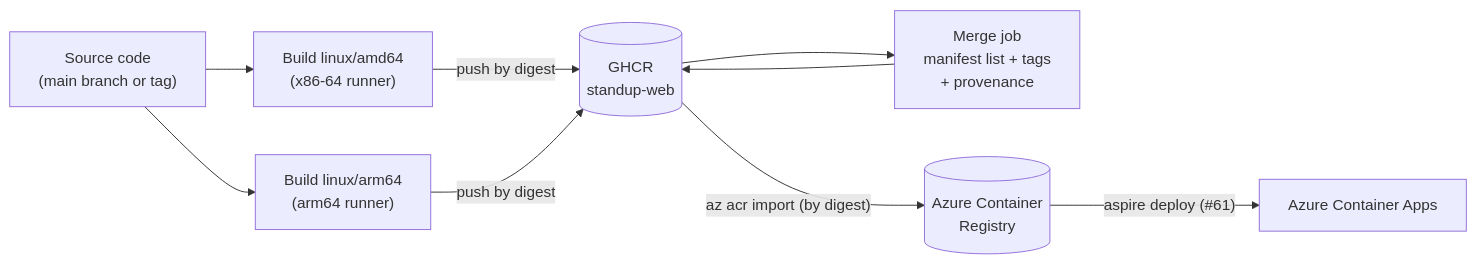
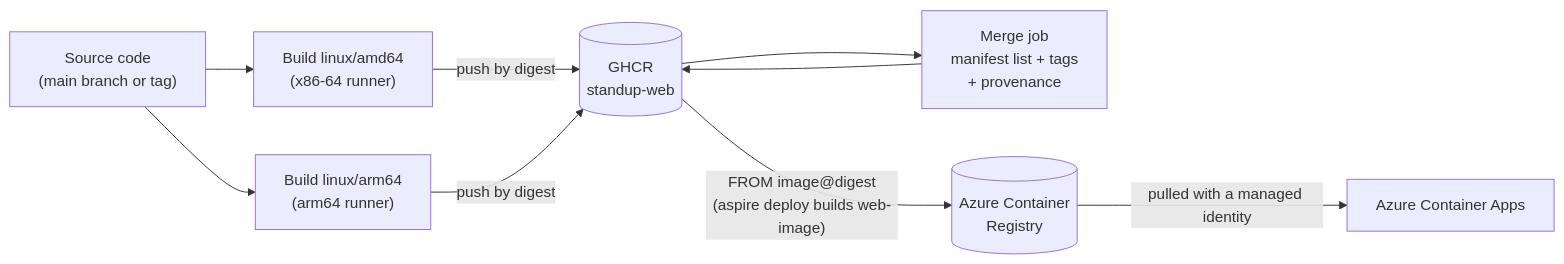
Before and after one commit to mfcollins3/standup: the diagram in docs/adrs/draft-build-once-container-delivery-ghcr-to-acr.md, drawn with Mermaid. The commit also changed other lines of this file and 7 other files, not shown here.

````diff
--- a/docs/adrs/draft-build-once-container-delivery-ghcr-to-acr.md
+++ b/docs/adrs/draft-build-once-container-delivery-ghcr-to-acr.md
@@ -75,11 +85,11 @@
 ```mermaid
 flowchart LR
     src["Source code<br/>(main branch or tag)"] --> amd["Build linux/amd64<br/>(x86-64 runner)"]
     src --> arm["Build linux/arm64<br/>(arm64 runner)"]
     amd -- "push by digest" --> ghcr[("GHCR<br/>standup-web")]
     arm -- "push by digest" --> ghcr
     ghcr --> merge["Merge job<br/>manifest list + tags<br/>+ provenance"]
     merge --> ghcr
-    ghcr -- "az acr import (by digest)" --> acr[("Azure Container<br/>Registry")]
-    acr -- "aspire deploy (#61)" --> aca["Azure Container Apps"]
+    ghcr -- "FROM image@digest<br/>(aspire deploy builds web-image)" --> acr[("Azure Container<br/>Registry")]
+    acr -- "pulled with a managed identity" --> aca["Azure Container Apps"]
 ```
````
